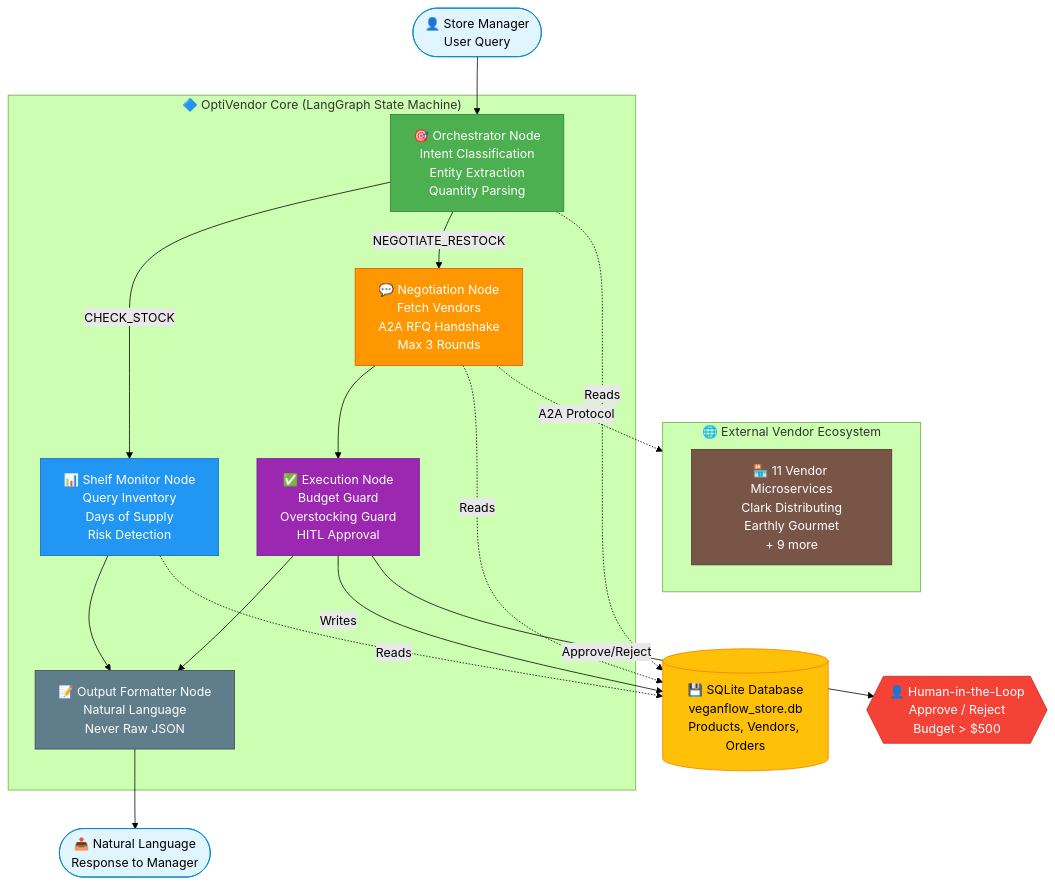
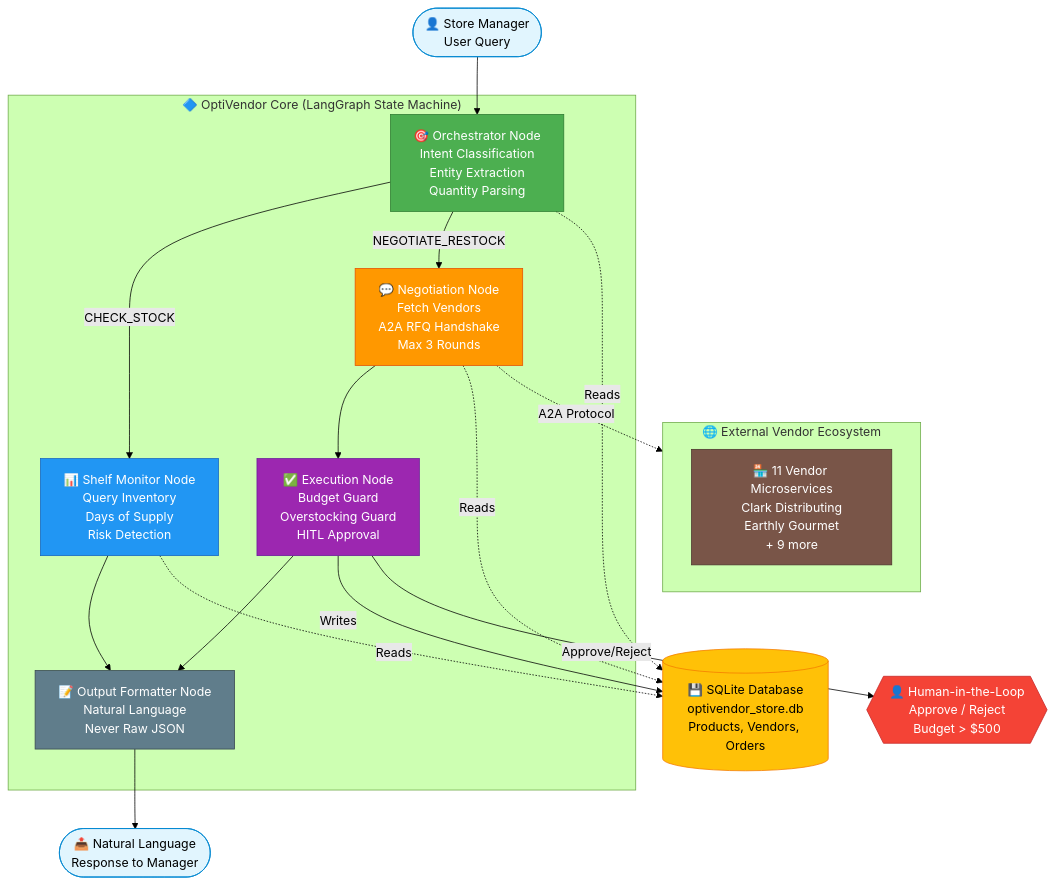
Before and after one commit to rupali-chauksey/Opti-Vendor: the diagram in README.md, drawn with Mermaid (forest theme). The commit also changed other lines of this file and 25 other files, not shown here.

````diff
--- a/README.md
+++ b/README.md
@@ -183,65 +183,65 @@
 ```mermaid
 flowchart TD
     User([👤 Store Manager<br/>User Query]) --> Orchestrator
     
     subgraph Core["🔷 OptiVendor Core (LangGraph State Machine)"]
         Orchestrator[🎯 Orchestrator Node<br/>Intent Classification<br/>Entity Extraction<br/>Quantity Parsing]
         
         Orchestrator -->|CHECK_STOCK| ShelfMonitor
         Orchestrator -->|NEGOTIATE_RESTOCK| Negotiation
         
         ShelfMonitor[📊 Shelf Monitor Node<br/>Query Inventory<br/>Days of Supply<br/>Risk Detection]
         
         Negotiation[💬 Negotiation Node<br/>Fetch Vendors<br/>A2A RFQ Handshake<br/>Max 3 Rounds]
         
         Negotiation --> Execution
         
         Execution[✅ Execution Node<br/>Budget Guard<br/>Overstocking Guard<br/>HITL Approval]
         
         ShelfMonitor --> Formatter
         Execution --> Formatter
         
         Formatter[📝 Output Formatter Node<br/>Natural Language<br/>Never Raw JSON]
     end
     
     Orchestrator -.Reads.-> DB
     ShelfMonitor -.Reads.-> DB
     Negotiation -.Reads.-> DB
     Execution -->|Writes| DB
     Execution -->|Approve/Reject| HITL
     
-    DB[(💾 SQLite Database<br/>veganflow_store.db<br/>Products, Vendors, Orders)]
+    DB[(💾 SQLite Database<br/>optivendor_store.db<br/>Products, Vendors, Orders)]
     
     HITL{{👤 Human-in-the-Loop<br/>Approve / Reject<br/>Budget > $500}}
     
     Negotiation -.A2A Protocol.-> VendorEcosystem
     
     subgraph VendorEcosystem["🌐 External Vendor Ecosystem"]
         Vendors[🏪 11 Vendor Microservices<br/>Clark Distributing<br/>Earthly Gourmet<br/>+ 9 more]
     end
     
     Formatter --> Response([📤 Natural Language<br/>Response to Manager])
     
     %% Styling
     classDef orchestratorStyle fill:#4CAF50,stroke:#2E7D32,color:#fff
     classDef monitorStyle fill:#2196F3,stroke:#1565C0,color:#fff
     classDef negotiationStyle fill:#FF9800,stroke:#E65100,color:#fff
     classDef executionStyle fill:#9C27B0,stroke:#6A1B9A,color:#fff
     classDef formatterStyle fill:#607D8B,stroke:#37474F,color:#fff
     classDef dbStyle fill:#FFC107,stroke:#F57C00,color:#000
     classDef hitlStyle fill:#F44336,stroke:#C62828,color:#fff
     classDef vendorStyle fill:#795548,stroke:#4E342E,color:#fff
     classDef userStyle fill:#E1F5FE,stroke:#0288D1,color:#000
     
     class Orchestrator orchestratorStyle
     class ShelfMonitor monitorStyle
     class Negotiation negotiationStyle
     class Execution executionStyle
     class Formatter formatterStyle
     class DB dbStyle
     class HITL hitlStyle
     class Vendors vendorStyle
     class User,Response userStyle
 
 
 ```
````
